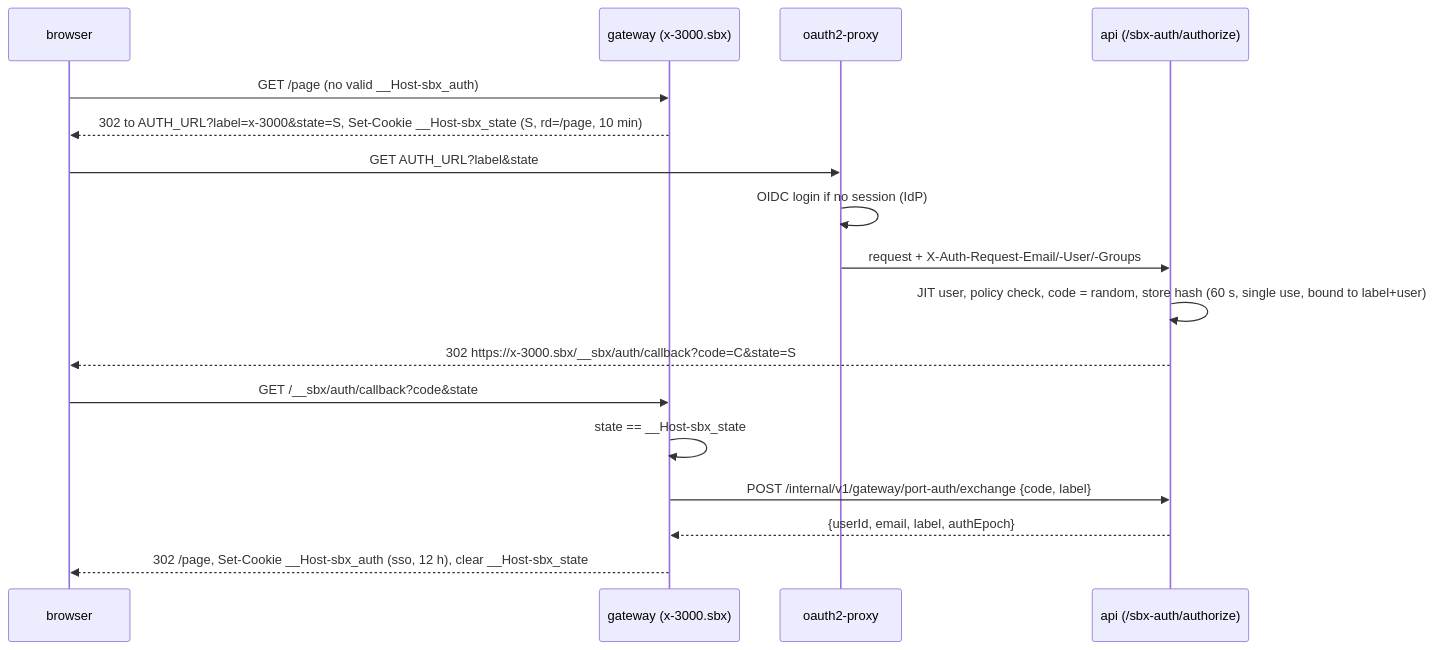
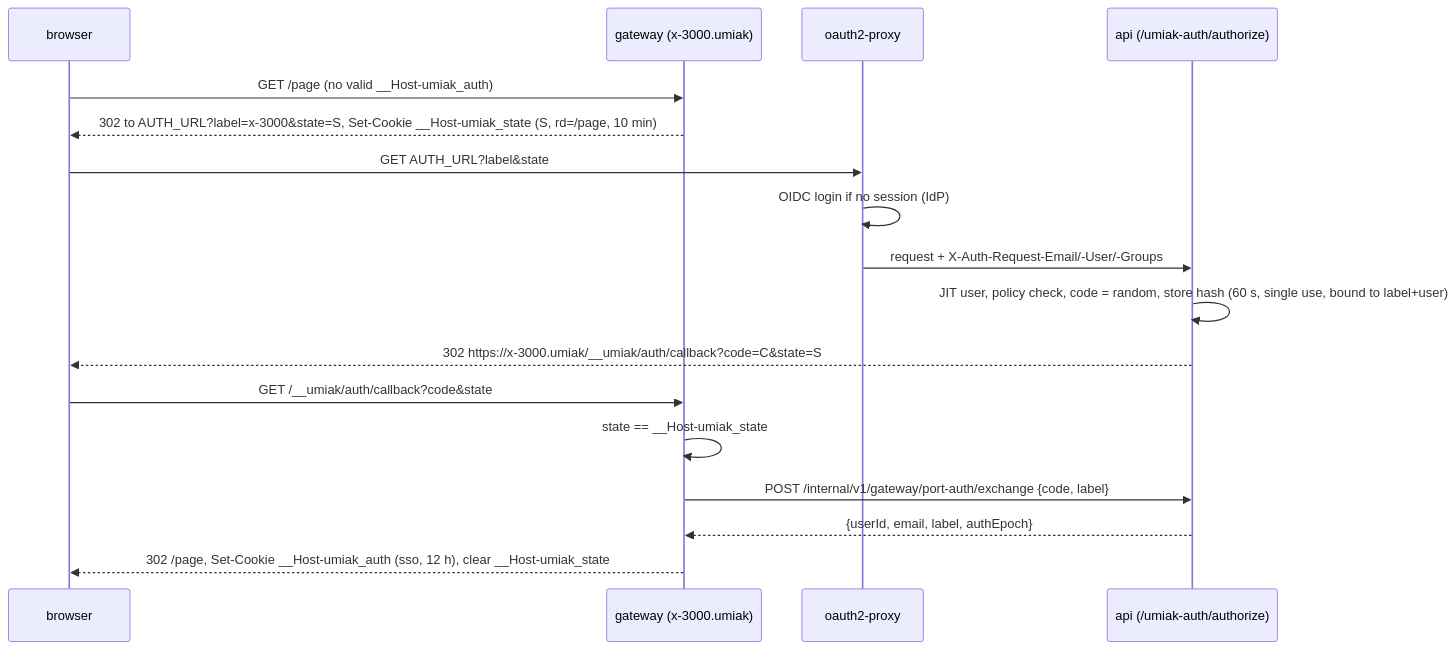
One commit to belov38/umiak changed the diagram in docs/specs/s4-gateway.md. Above: the diagram before and after it, drawn with Mermaid. The commit also changed other lines of this file and 2030 other files, not shown here.

````diff
--- a/docs/specs/s4-gateway.md
+++ b/docs/specs/s4-gateway.md
@@ -400,19 +400,19 @@
 ```mermaid
 sequenceDiagram
   participant B as browser
-  participant G as gateway (x-3000.sbx)
+  participant G as gateway (x-3000.umiak)
   participant P as oauth2-proxy
-  participant A as api (/sbx-auth/authorize)
-  B->>G: GET /page (no valid __Host-sbx_auth)
-  G-->>B: 302 to AUTH_URL?label=x-3000&state=S, Set-Cookie __Host-sbx_state (S, rd=/page, 10 min)
+  participant A as api (/umiak-auth/authorize)
+  B->>G: GET /page (no valid __Host-umiak_auth)
+  G-->>B: 302 to AUTH_URL?label=x-3000&state=S, Set-Cookie __Host-umiak_state (S, rd=/page, 10 min)
   B->>P: GET AUTH_URL?label&state
   P->>P: OIDC login if no session (IdP)
   P->>A: request + X-Auth-Request-Email/-User/-Groups
   A->>A: JIT user, policy check, code = random, store hash (60 s, single use, bound to label+user)
-  A-->>B: 302 https://x-3000.sbx/__sbx/auth/callback?code=C&state=S
-  B->>G: GET /__sbx/auth/callback?code&state
-  G->>G: state == __Host-sbx_state
+  A-->>B: 302 https://x-3000.umiak/__umiak/auth/callback?code=C&state=S
+  B->>G: GET /__umiak/auth/callback?code&state
+  G->>G: state == __Host-umiak_state
   G->>A: POST /internal/v1/gateway/port-auth/exchange {code, label}
   A-->>G: {userId, email, label, authEpoch}
-  G-->>B: 302 /page, Set-Cookie __Host-sbx_auth (sso, 12 h), clear __Host-sbx_state
+  G-->>B: 302 /page, Set-Cookie __Host-umiak_auth (sso, 12 h), clear __Host-umiak_state
 ```
````
